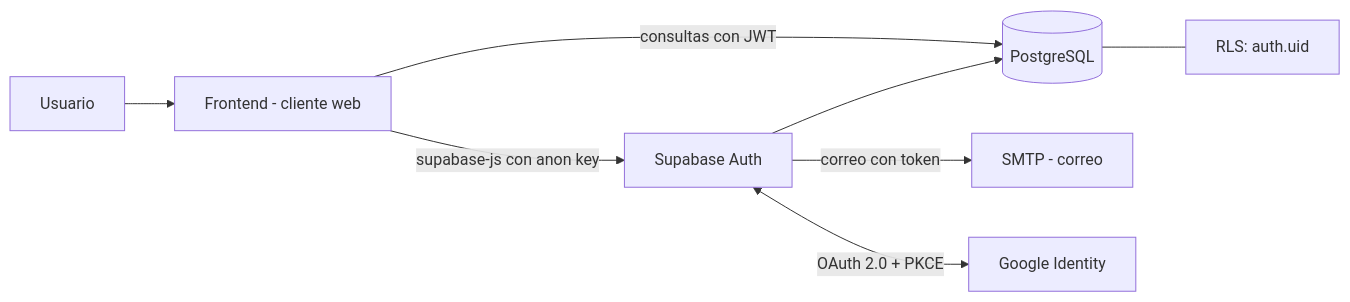
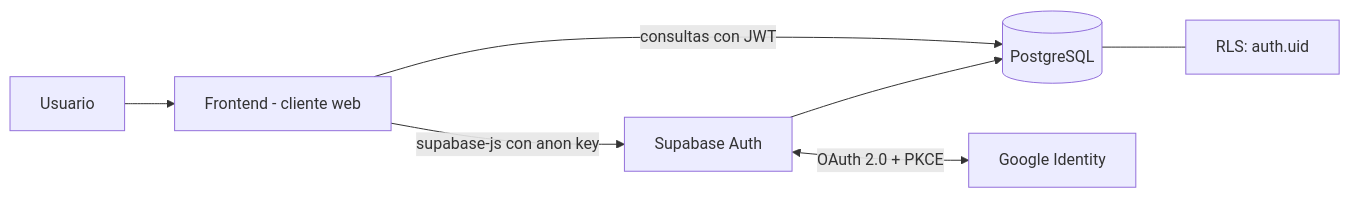
One commit to Trebol4Devop/Comunidad_USAC changed the first of 8 diagrams in auth-supabase-login-signup.md. Above: the diagram before and after it, drawn with Mermaid. The commit also changed other lines of this file and 29 other files, not shown here.

````diff
--- a/auth-supabase-login-signup.md
+++ b/auth-supabase-login-signup.md
@@ -24,10 +24,9 @@
 ```mermaid
 flowchart LR
     U["Usuario"] --> F["Frontend - cliente web"]
     F -->|"supabase-js con anon key"| A["Supabase Auth"]
     A --> DB[("PostgreSQL")]
-    A -->|"correo con token"| M["SMTP - correo"]
     A <-->|"OAuth 2.0 + PKCE"| G["Google Identity"]
     F -->|"consultas con JWT"| DB
     DB --- R["RLS: auth.uid"]
 ```
````
